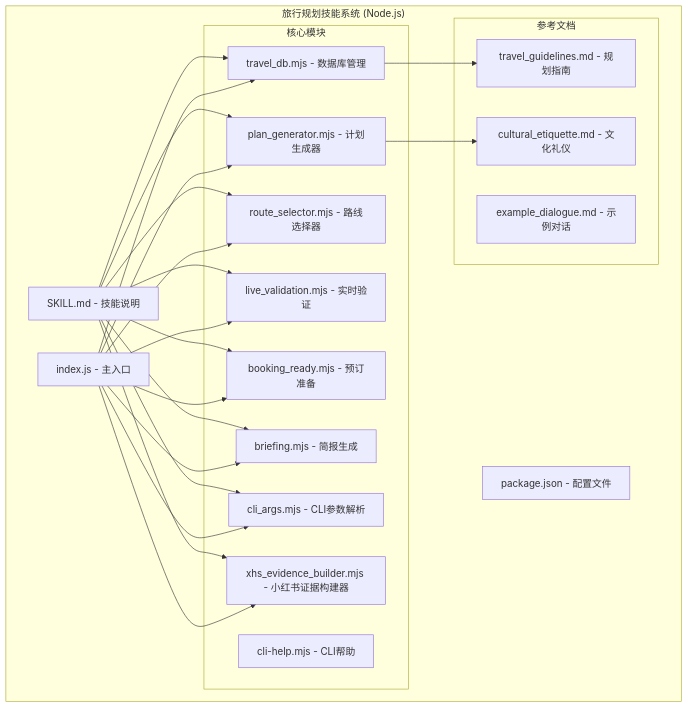
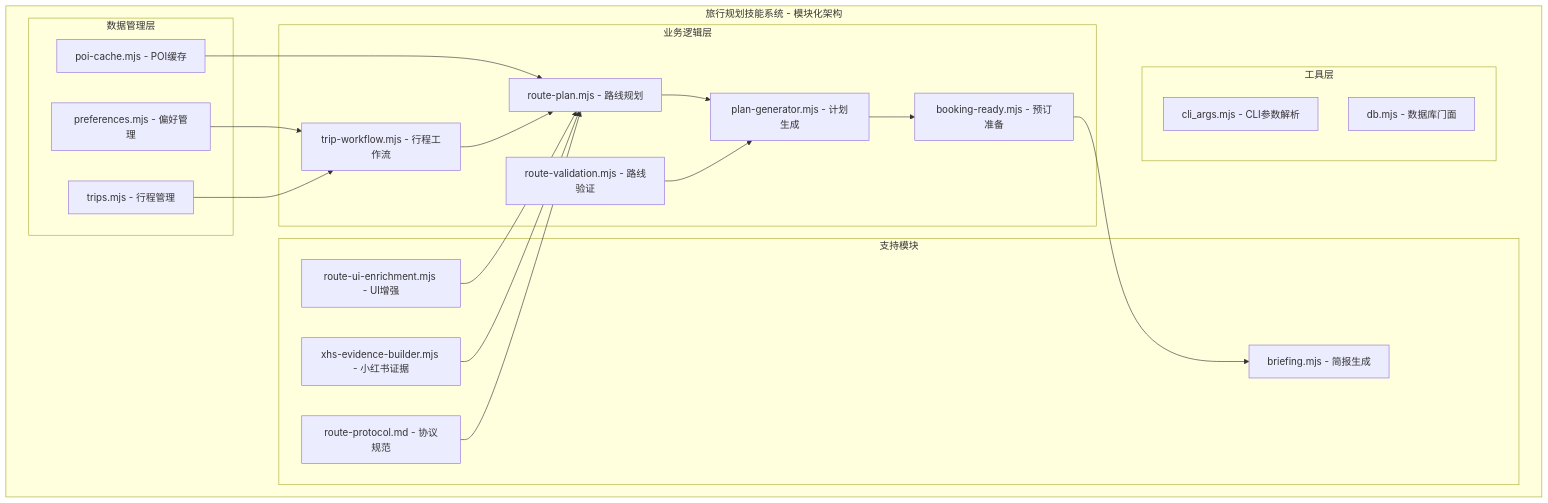
Before and after one commit to verse-ai-org/openclaw: the first of 28 diagrams in .qoder/repowiki/zh/content/技能平台/内置技能/旅行规划技能系统.md, drawn with Mermaid. The commit also changed other lines of this file and 22 other files, not shown here.

````diff
--- a/.qoder/repowiki/zh/content/技能平台/内置技能/旅行规划技能系统.md
+++ b/.qoder/repowiki/zh/content/技能平台/内置技能/旅行规划技能系统.md
@@ -70,42 +83,38 @@
 ```mermaid
 graph TB
-subgraph "旅行规划技能系统 (Node.js)"
-A[SKILL.md - 技能说明]
-B[index.js - 主入口]
-C[package.json - 配置文件]
-subgraph "核心模块"
-D[travel_db.mjs - 数据库管理]
-E[plan_generator.mjs - 计划生成器]
-F[route_selector.mjs - 路线选择器]
-G[live_validation.mjs - 实时验证]
-H[booking_ready.mjs - 预订准备]
+subgraph "旅行规划技能系统 - 模块化架构"
+subgraph "数据管理层"
+A[preferences.mjs - 偏好管理]
+B[trips.mjs - 行程管理]
+C[poi-cache.mjs - POI缓存]
+end
+subgraph "业务逻辑层"
+D[trip-workflow.mjs - 行程工作流]
+E[route-plan.mjs - 路线规划]
+F[plan-generator.mjs - 计划生成]
+G[booking-ready.mjs - 预订准备]
+H[route-validation.mjs - 路线验证]
+end
+subgraph "支持模块"
 I[briefing.mjs - 简报生成]
-J[cli_args.mjs - CLI参数解析]
-K[xhs_evidence_builder.mjs - 小红书证据构建器]
-L[cli-help.mjs - CLI帮助]
+J[route-ui-enrichment.mjs - UI增强]
+K[xhs-evidence-builder.mjs - 小红书证据]
+L[route-protocol.md - 协议规范]
 end
-subgraph "参考文档"
-M[travel_guidelines.md - 规划指南]
-N[cultural_etiquette.md - 文化礼仪]
-O[example_dialogue.md - 示例对话]
+subgraph "工具层"
+M[cli_args.mjs - CLI参数解析]
+N[db.mjs - 数据库门面]
 end
 end
 A --> D
-A --> E
-A --> F
-A --> G
-A --> H
-A --> I
-A --> J
-A --> K
-D --> M
-E --> N
 B --> D
-B --> E
-B --> F
-B --> G
-B --> H
-B --> I
-B --> J
-B --> K
+C --> E
+D --> E
+E --> F
+F --> G
+G --> I
+H --> F
+J --> E
+K --> E
+L --> E
 ```
````
